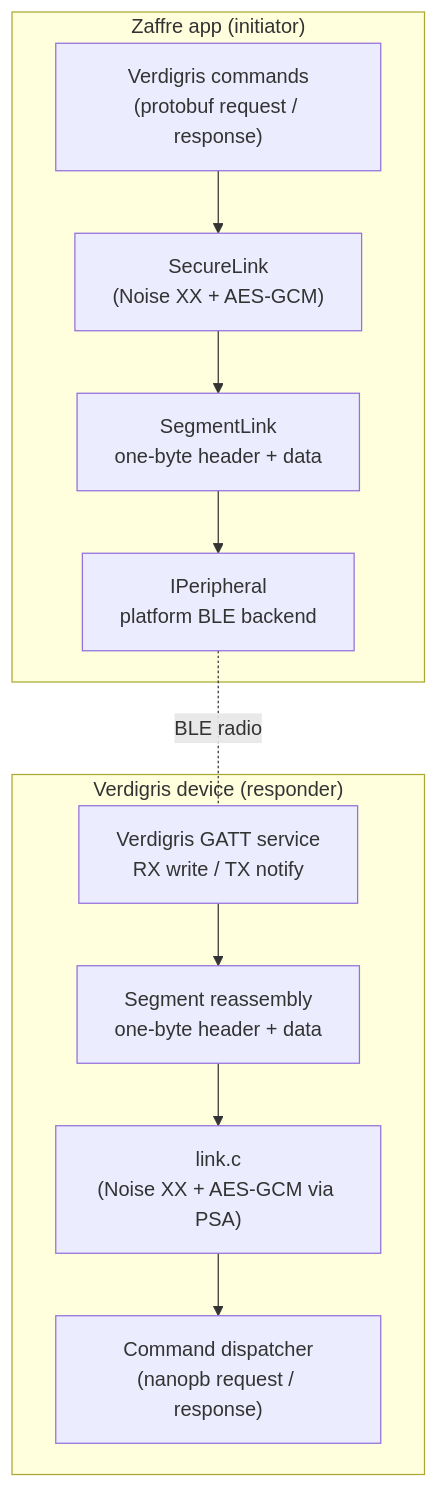
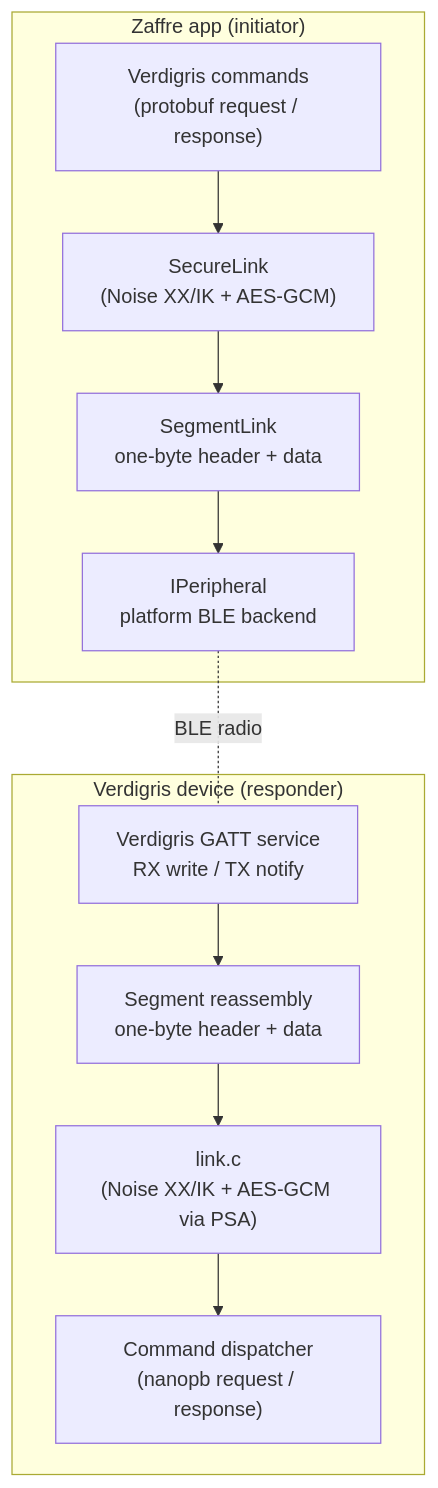
The first of 4 diagrams in documents/noise-security.md (stonygrey/BlueConnect), drawn with Mermaid before and after one commit. The commit also changed other lines of this file and 9 other files, not shown here.

````diff
--- a/documents/noise-security.md
+++ b/documents/noise-security.md
@@ -45,18 +46,18 @@
 ```mermaid
 flowchart TB
     subgraph app["Zaffre app (initiator)"]
         A1["Verdigris commands<br/>(protobuf request / response)"]
-        A2["SecureLink<br/>(Noise XX + AES-GCM)"]
+        A2["SecureLink<br/>(Noise XX/IK + AES-GCM)"]
         A3["SegmentLink<br/>one-byte header + data"]
         A4["IPeripheral<br/>platform BLE backend"]
     end
     subgraph dev["Verdigris device (responder)"]
         D1["Command dispatcher<br/>(nanopb request / response)"]
-        D2["link.c<br/>(Noise XX + AES-GCM via PSA)"]
+        D2["link.c<br/>(Noise XX/IK + AES-GCM via PSA)"]
         D3["Segment reassembly<br/>one-byte header + data"]
         D4["Verdigris GATT service<br/>RX write / TX notify"]
     end
     A1 --> A2 --> A3 --> A4
     A4 -. "BLE radio" .- D4
     D4 --> D3 --> D2 --> D1
 ```
````
